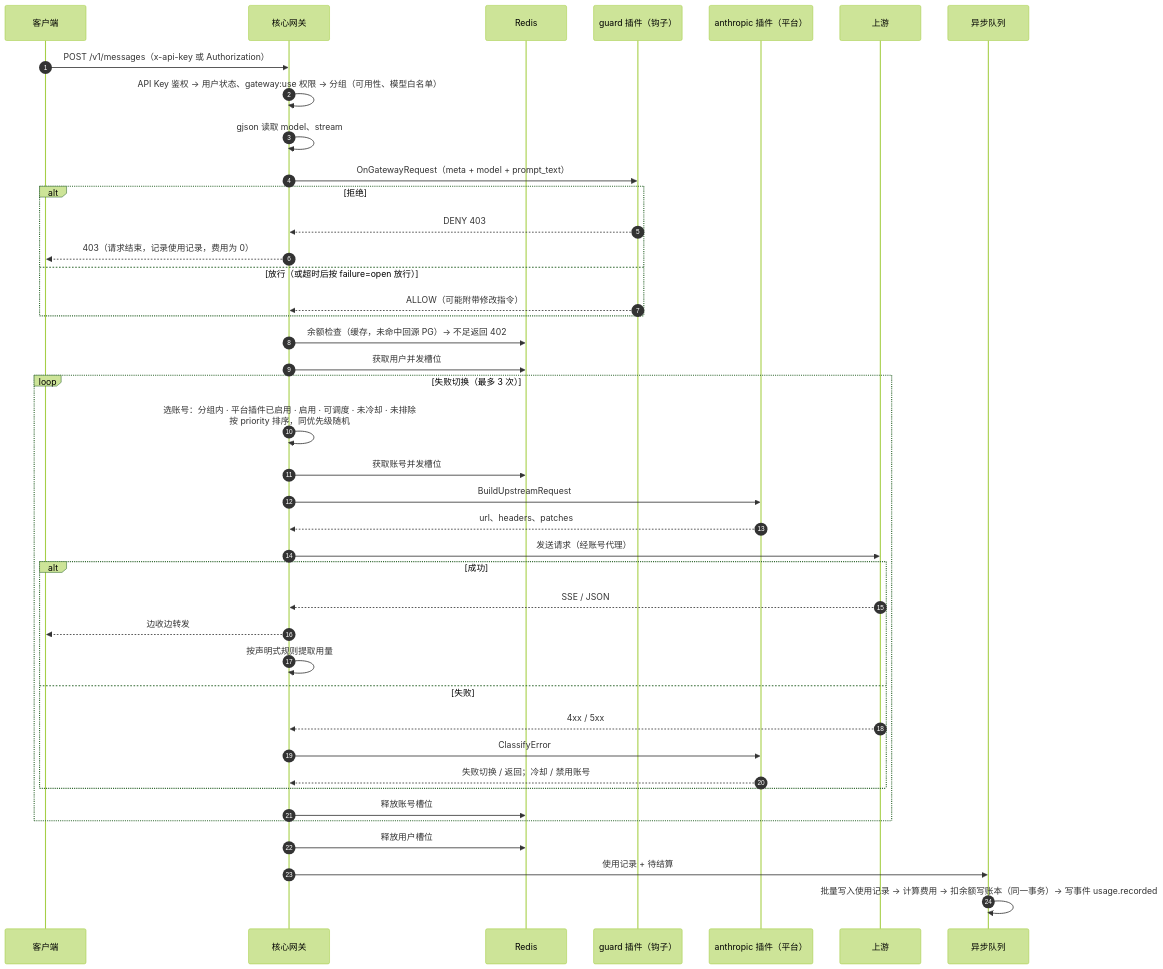
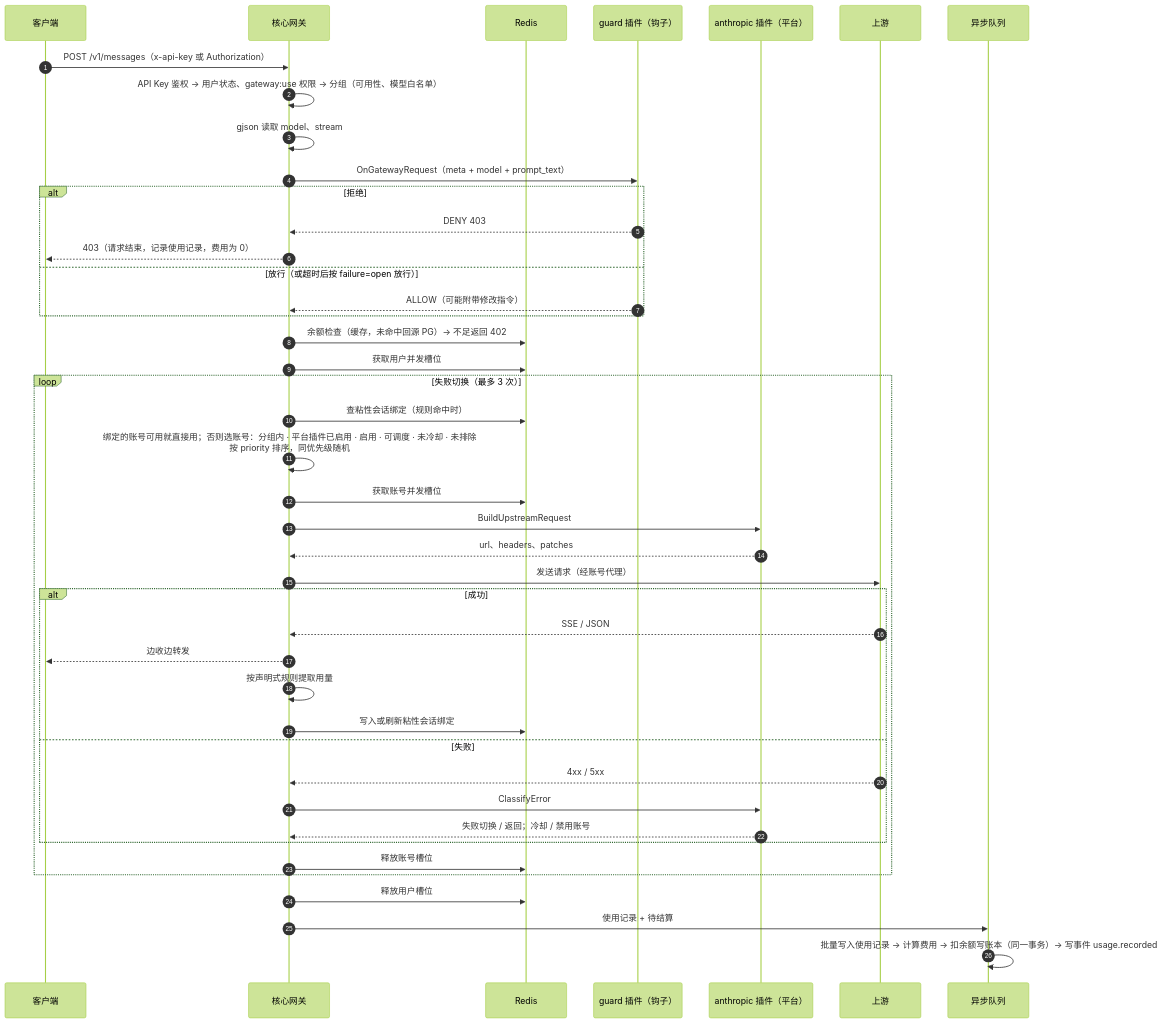
The eighth of 17 diagrams in next/docs/ARCHITECTURE.md (Sub2API-Devs/sup2api), drawn with Mermaid (forest theme) before and after one commit. The commit also changed other lines of this file and 49 other files, not shown here.

Commit message:
feat(next): phase 0 contracts - proto, manifest types, core schema, core interfaces, infra skeleton

````diff
--- a/next/docs/ARCHITECTURE.md
+++ b/next/docs/ARCHITECTURE.md
@@ -673,44 +675,46 @@
 ```mermaid
 sequenceDiagram
   autonumber
   participant C as 客户端
   participant GW as 核心网关
   participant R as Redis
   participant H as guard 插件（钩子）
   participant P as anthropic 插件（平台）
   participant U as 上游
   participant Q as 异步队列
 
   C->>GW: POST /v1/messages（x-api-key 或 Authorization）
   GW->>GW: API Key 鉴权 → 用户状态、gateway:use 权限 → 分组（可用性、模型白名单）
   GW->>GW: gjson 读取 model、stream
   GW->>H: OnGatewayRequest（meta + model + prompt_text）
   alt 拒绝
     H-->>GW: DENY 403
     GW-->>C: 403（请求结束，记录使用记录，费用为 0）
   else 放行（或超时后按 failure=open 放行）
     H-->>GW: ALLOW（可能附带修改指令）
   end
   GW->>R: 余额检查（缓存，未命中回源 PG）→ 不足返回 402
   GW->>R: 获取用户并发槽位
   loop 失败切换（最多 3 次）
-    GW->>GW: 选账号：分组内 · 平台插件已启用 · 启用 · 可调度 · 未冷却 · 未排除<br/>按 priority 排序，同优先级随机
+    GW->>R: 查粘性会话绑定（规则命中时）
+    GW->>GW: 绑定的账号可用就直接用；否则选账号：分组内 · 平台插件已启用 · 启用 · 可调度 · 未冷却 · 未排除<br/>按 priority 排序，同优先级随机
     GW->>R: 获取账号并发槽位
     GW->>P: BuildUpstreamRequest
     P-->>GW: url、headers、patches
     GW->>U: 发送请求（经账号代理）
     alt 成功
       U-->>GW: SSE / JSON
       GW-->>C: 边收边转发
       GW->>GW: 按声明式规则提取用量
+      GW->>R: 写入或刷新粘性会话绑定
     else 失败
       U-->>GW: 4xx / 5xx
       GW->>P: ClassifyError
       P-->>GW: 失败切换 / 返回；冷却 / 禁用账号
     end
     GW->>R: 释放账号槽位
   end
   GW->>R: 释放用户槽位
   GW->>Q: 使用记录 + 待结算
   Q->>Q: 批量写入使用记录 → 计算费用 → 扣余额写账本（同一事务）→ 写事件 usage.recorded
 ```
````
